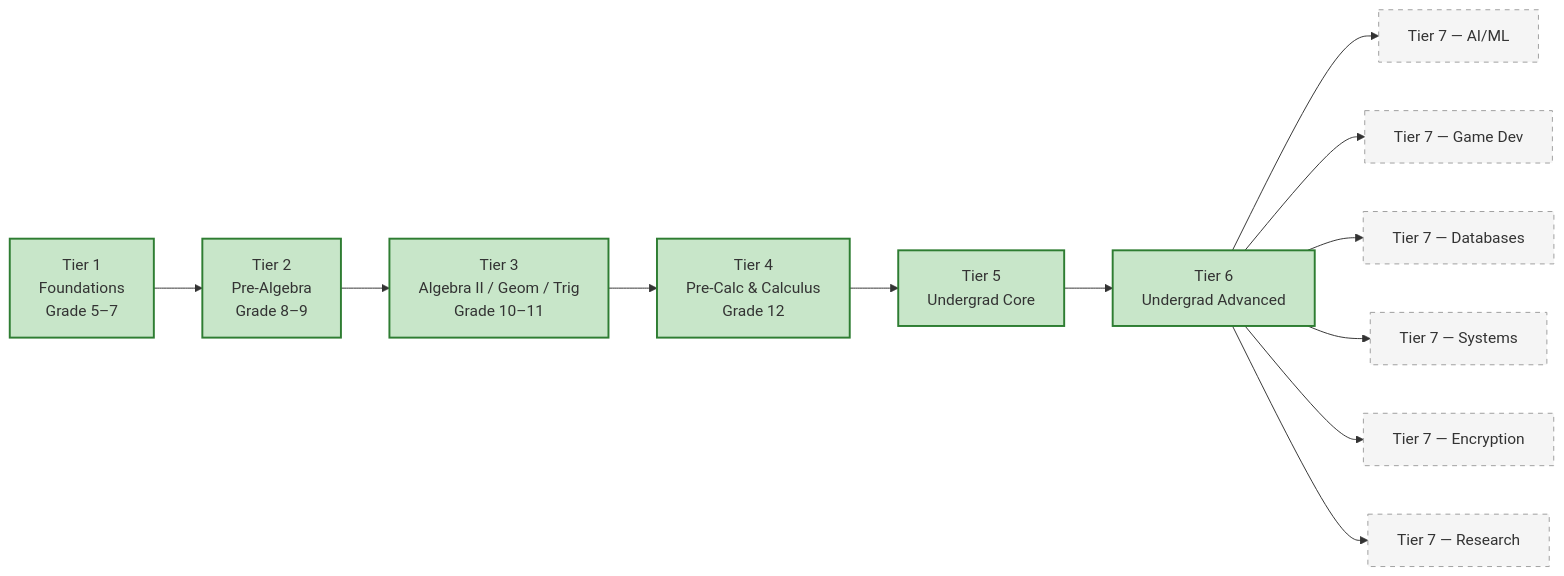
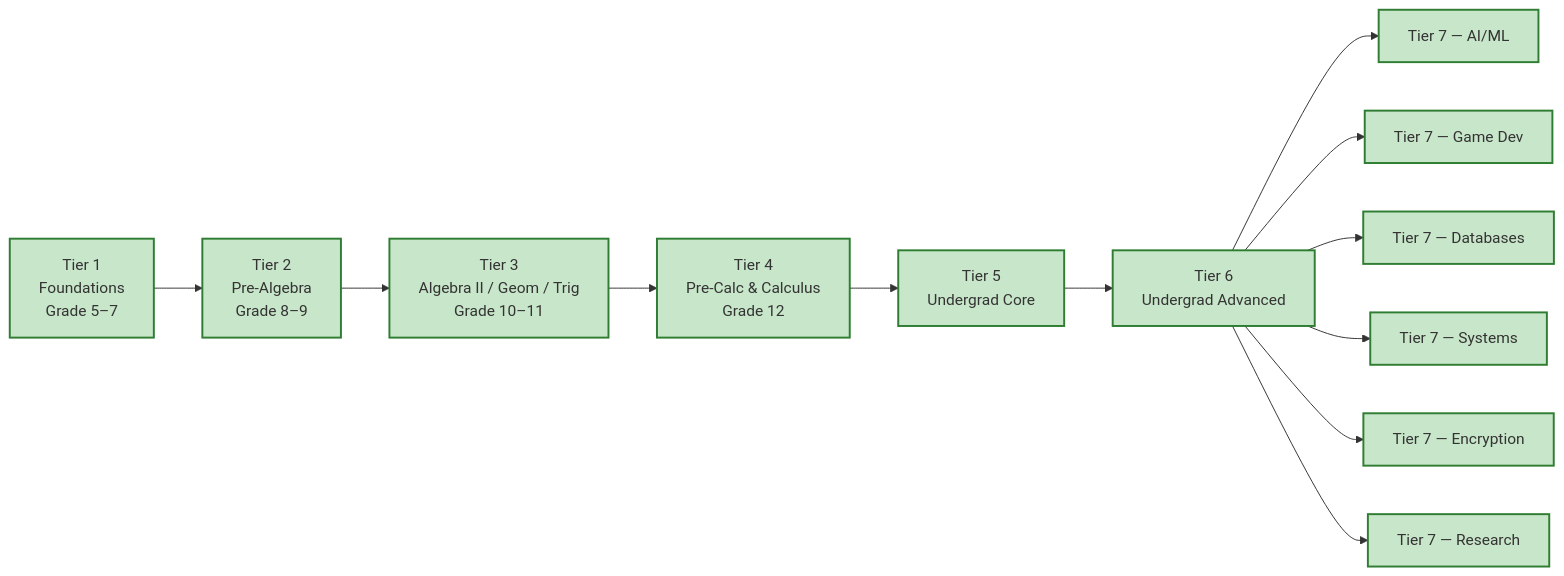
The diagram in index.qmd (rajeshpillai/applied-maths), drawn with Mermaid before and after one commit. The commit also changed other lines of this file and 14 other files, not shown here.

````diff
--- a/index.qmd
+++ b/index.qmd
@@ -77,19 +77,17 @@
 ```{mermaid}
 flowchart LR
     T1["Tier 1<br/>Foundations<br/>Grade 5–7"] --> T2["Tier 2<br/>Pre-Algebra<br/>Grade 8–9"]
     T2 --> T3["Tier 3<br/>Algebra II / Geom / Trig<br/>Grade 10–11"]
     T3 --> T4["Tier 4<br/>Pre-Calc & Calculus<br/>Grade 12"]
     T4 --> T5["Tier 5<br/>Undergrad Core"]
     T5 --> T6["Tier 6<br/>Undergrad Advanced"]
     T6 --> T7AI["Tier 7 — AI/ML"]
     T6 --> T7GD["Tier 7 — Game Dev"]
     T6 --> T7DB["Tier 7 — Databases"]
     T6 --> T7SY["Tier 7 — Systems"]
     T6 --> T7EN["Tier 7 — Encryption"]
     T6 --> T7RE["Tier 7 — Research"]
 
     classDef builtTier fill:#c8e6c9,stroke:#2e7d32,stroke-width:2px
-    classDef plannedTier fill:#f5f5f5,stroke:#9e9e9e,stroke-dasharray: 5 5
-    class T1,T2,T3,T4,T5,T6 builtTier
-    class T7AI,T7GD,T7DB,T7SY,T7EN,T7RE plannedTier
+    class T1,T2,T3,T4,T5,T6,T7AI,T7GD,T7DB,T7SY,T7EN,T7RE builtTier
 ```
````
